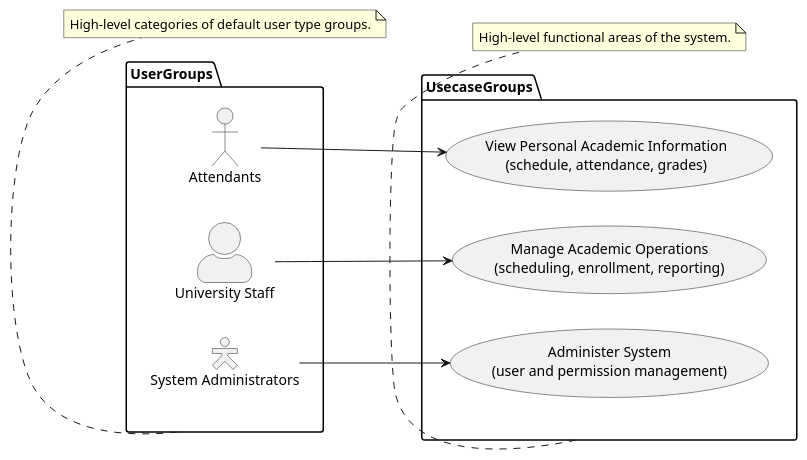
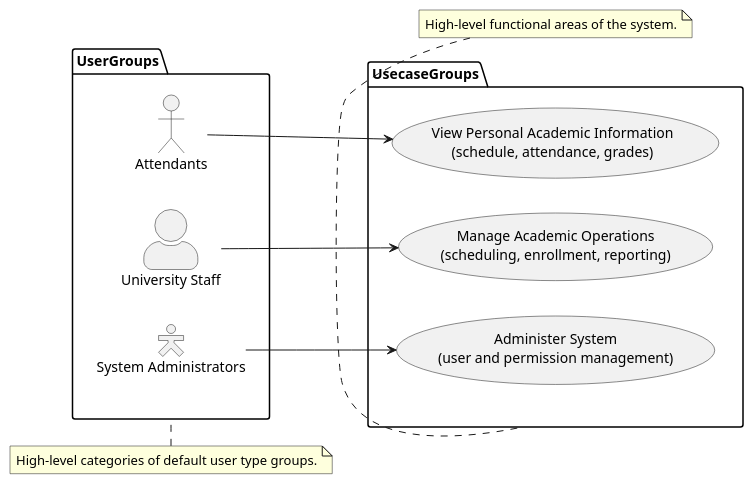
One commit to TechnoDamo/OpenCampus changed the diagram in docs/uml/00-system-context.puml. Above: the diagram before and after it, drawn with PlantUML. The commit also changed 2 other files, not shown here.

```diff
--- a/docs/uml/00-system-context.puml
+++ b/docs/uml/00-system-context.puml
@@ -1,36 +1,36 @@
 @startuml
 left to right direction 
 
 package UserGroups {
 
     actor "Attendants" as at
 
     skinparam actorStyle awesome
     actor "University Staff" as us
 
     skinparam actorStyle Hollow 
     actor "System Administrators" as sa
 }
 
 package UsecaseGroups {
 
     usecase "View Personal Academic Information\n(schedule, attendance, grades)" as UC1
 
     usecase "Manage Academic Operations\n(scheduling, enrollment, reporting)" as UC2
 
     usecase "Administer System\n(user and permission management)" as UC3
 }
 
-note bottom of UserGroups
+note top of UserGroups
 High-level categories of default user type groups.
 end note
 
-note bottom of UsecaseGroups
+note top of UsecaseGroups
 High-level functional areas of the system.
 end note
 
 at --> UC1 
 us --> UC2 
 sa --> UC3
 
 @enduml
```
